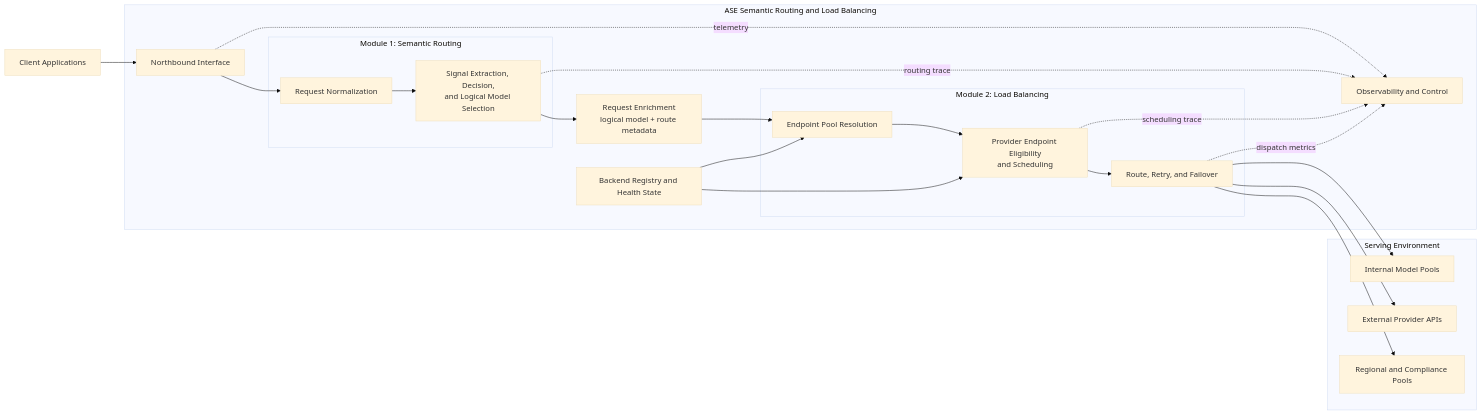
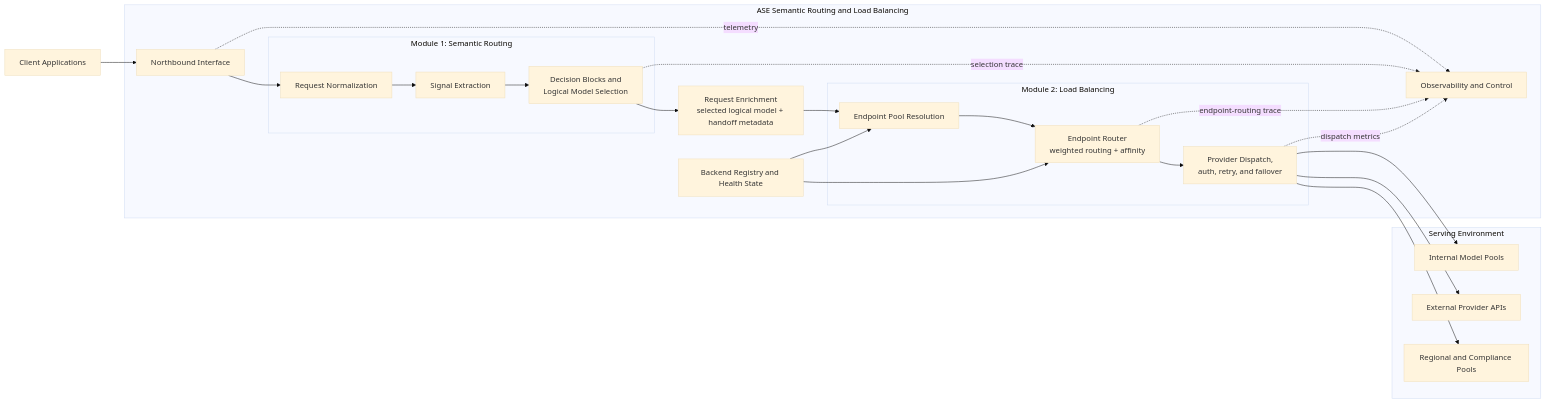
The diagram in architecture.md (puyanguvic/semenatic_routing_and_load_balance), drawn with Mermaid (base theme) before and after one commit. The commit also changed other lines of this file and 5 other files, not shown here.

Commit message:
Align diagrams with semantic routing paper

````diff
--- a/architecture.md
+++ b/architecture.md
@@ -132,42 +123,43 @@
 ```mermaid
 flowchart LR
     Client[Client Applications]
 
     subgraph ASE[ASE Semantic Routing and Load Balancing]
         Ingress[Northbound Interface]
 
         subgraph SR[Module 1: Semantic Routing]
             Normalize[Request Normalization]
-            Route[Signal Extraction, Decision,<br/>and Logical Model Selection]
+            Signals[Signal Extraction]
+            Route[Decision Blocks and<br/>Logical Model Selection]
         end
 
-        Boundary[Request Enrichment<br/>logical model + route metadata]
+        Boundary[Request Enrichment<br/>selected logical model + handoff metadata]
 
         subgraph LB[Module 2: Load Balancing]
             Pool[Endpoint Pool Resolution]
-            Select[Provider Endpoint Eligibility<br/>and Scheduling]
-            Dispatch[Route, Retry, and Failover]
+            Select[Endpoint Router<br/>weighted routing + affinity]
+            Dispatch[Provider Dispatch,<br/>auth, retry, and failover]
         end
 
         Obs[Observability and Control]
         Health[Backend Registry and Health State]
     end
 
     subgraph Backends[Serving Environment]
         Internal[Internal Model Pools]
         External[External Provider APIs]
         Regional[Regional and Compliance Pools]
     end
 
-    Client --> Ingress --> Normalize --> Route --> Boundary --> Pool --> Select --> Dispatch
+    Client --> Ingress --> Normalize --> Signals --> Route --> Boundary --> Pool --> Select --> Dispatch
     Health --> Pool
     Health --> Select
     Dispatch --> Internal
     Dispatch --> External
     Dispatch --> Regional
 
     Ingress -. telemetry .-> Obs
-    Route -. routing trace .-> Obs
-    Select -. scheduling trace .-> Obs
+    Route -. selection trace .-> Obs
+    Select -. endpoint-routing trace .-> Obs
     Dispatch -. dispatch metrics .-> Obs
 ```
````
